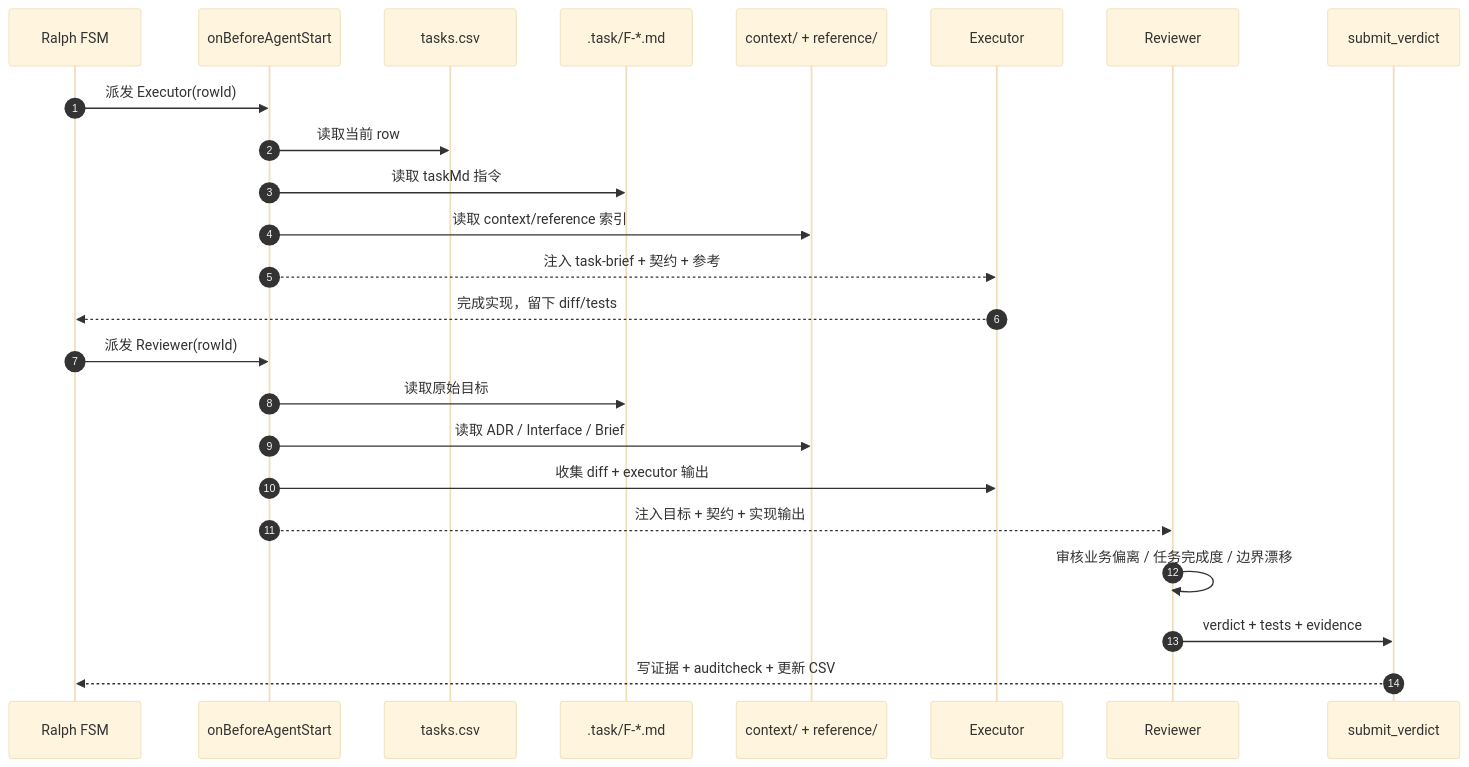
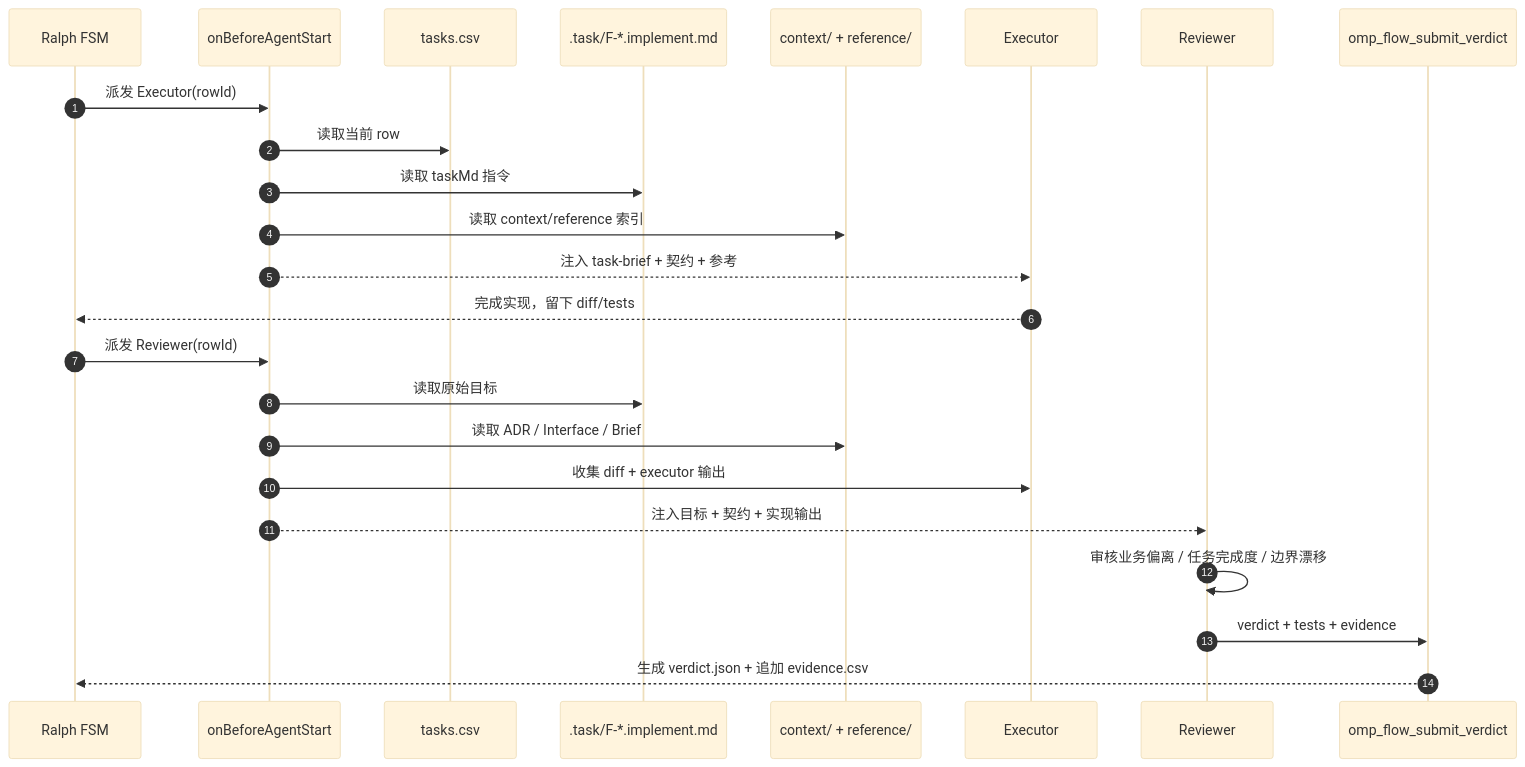
One commit to Andyduck-ops/omp-flow changed the third of 5 diagrams in README.md. Above: the diagram before and after it, drawn with Mermaid (base theme). The commit also changed other lines of this file, not shown here.

````diff
--- a/README.md
+++ b/README.md
@@ -377,28 +372,28 @@
 ```mermaid
 sequenceDiagram
     autonumber
     participant FSM as Ralph FSM
     participant Hook as onBeforeAgentStart
     participant CSV as tasks.csv
-    participant TaskMd as .task/F-*.md
+    participant TaskMd as .task/F-*.implement.md
     participant Ctx as context/ + reference/
     participant Exec as Executor
     participant Rev as Reviewer
-    participant Tool as submit_verdict
+    participant Tool as omp_flow_submit_verdict
 
     FSM->>Hook: 派发 Executor(rowId)
     Hook->>CSV: 读取当前 row
     Hook->>TaskMd: 读取 taskMd 指令
     Hook->>Ctx: 读取 context/reference 索引
     Hook-->>Exec: 注入 task-brief + 契约 + 参考
     Exec-->>FSM: 完成实现，留下 diff/tests
 
     FSM->>Hook: 派发 Reviewer(rowId)
     Hook->>TaskMd: 读取原始目标
     Hook->>Ctx: 读取 ADR / Interface / Brief
     Hook->>Exec: 收集 diff + executor 输出
     Hook-->>Rev: 注入目标 + 契约 + 实现输出
     Rev->>Rev: 审核业务偏离 / 任务完成度 / 边界漂移
     Rev->>Tool: verdict + tests + evidence
-    Tool-->>FSM: 写证据 + auditcheck + 更新 CSV
+    Tool-->>FSM: 生成 verdict.json + 追加 evidence.csv
 ```
````
